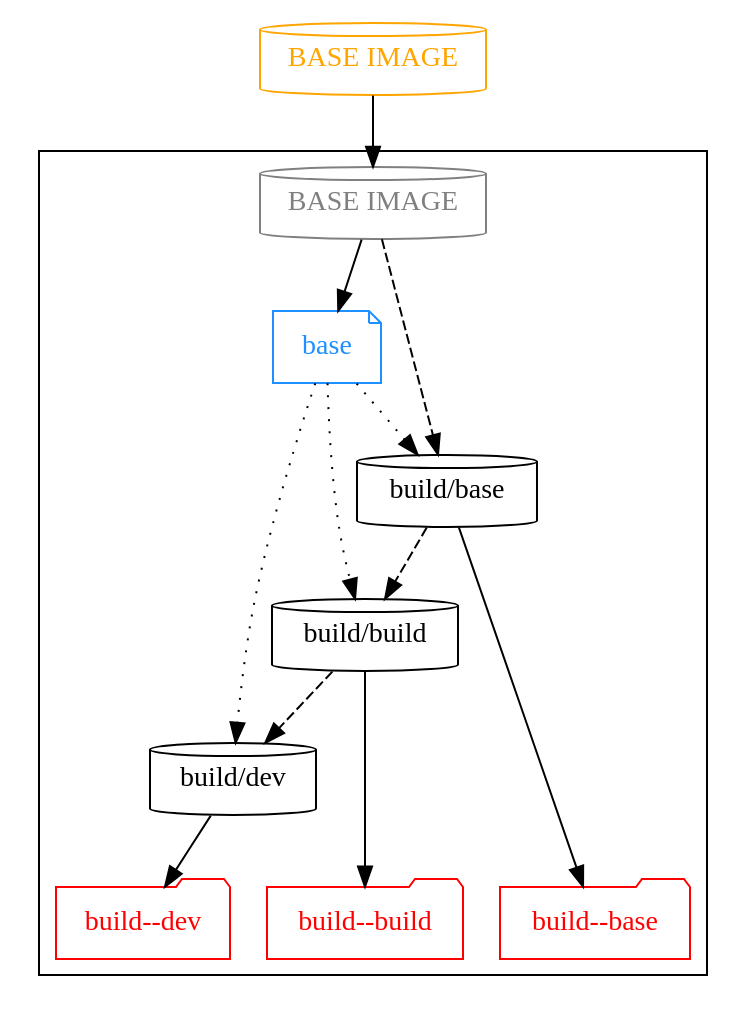
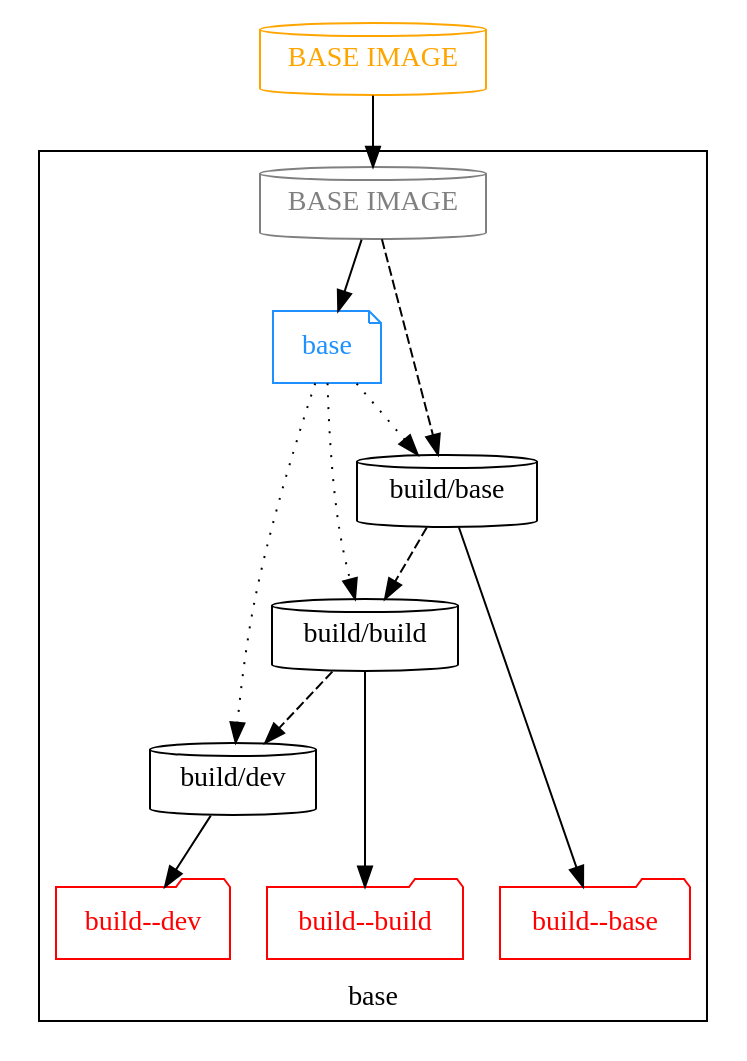
One commit to hdl/containers changed the diagram in doc/graph/base.dot. Above: the diagram before and after it, drawn with Graphviz. The commit also changed 43 other files, not shown here.

```diff
--- a/doc/graph/base.dot
+++ b/doc/graph/base.dot
@@ -1,83 +1,86 @@
 # Authors:
 #   Unai Martinez-Corral
 #     <umartinezcorral@antmicro.com>
 #     <unai.martinezcorral@ehu.eus>
 #
 # Copyright Unai Martinez-Corral
 #
 # Licensed under the Apache License, Version 2.0 (the "License");
 # you may not use this file except in compliance with the License.
 # You may obtain a copy of the License at
 #
 #     http://www.apache.org/licenses/LICENSE-2.0
 #
 # Unless required by applicable law or agreed to in writing, software
 # distributed under the License is distributed on an "AS IS" BASIS,
 # WITHOUT WARRANTIES OR CONDITIONS OF ANY KIND, either express or implied.
 # See the License for the specific language governing permissions and
 # limitations under the License.
 #
 # SPDX-License-Identifier: Apache-2.0
 
 digraph G {
 
   #splines=polyline; #curved
   newrank=true;
+  labelloc="b";
 
   # Dockerfiles
 
   { node [shape=note, color=dodgerblue, fontcolor=dodgerblue]
     d_base  [label="base"];
   }
 
   # Images
 
   { node [shape=cylinder]
     "build/base"
     "build/build"
     "build/dev"
   }
 
   # External images
 
   { node [shape=cylinder, color=orange, fontcolor=orange]
     "BASE IMAGE"
   }
 
   # Workflows
 
   subgraph cluster_base {
+    label = "base";
+
     { rank=same
       node [shape=cylinder, color=grey, fontcolor=grey]
       "p_base_debian" [label="BASE IMAGE"]
     }
 
     d_base -> {
       "build/base",
       "build/build",
       "build/dev"
     } [style=dotted];
 
     { rank=same
       node [shape=folder, color=red, fontcolor=red];
       "t_build/base" [label="build--base"];
       "t_build/build" [label="build--build"];
       "t_build/dev" [label="build--dev"];
     }
 
     "build/base" -> "t_build/base";
     "build/build" -> "t_build/build";
     "build/dev" -> "t_build/dev";
   }
 
   # Dockerfile dependencies
 
   "BASE IMAGE" -> "p_base_debian" -> d_base;
 
   # Image dependencies
 
   { edge [style=dashed]
     "p_base_debian" -> "build/base" -> "build/build" -> "build/dev";
   }
 
 }
```
